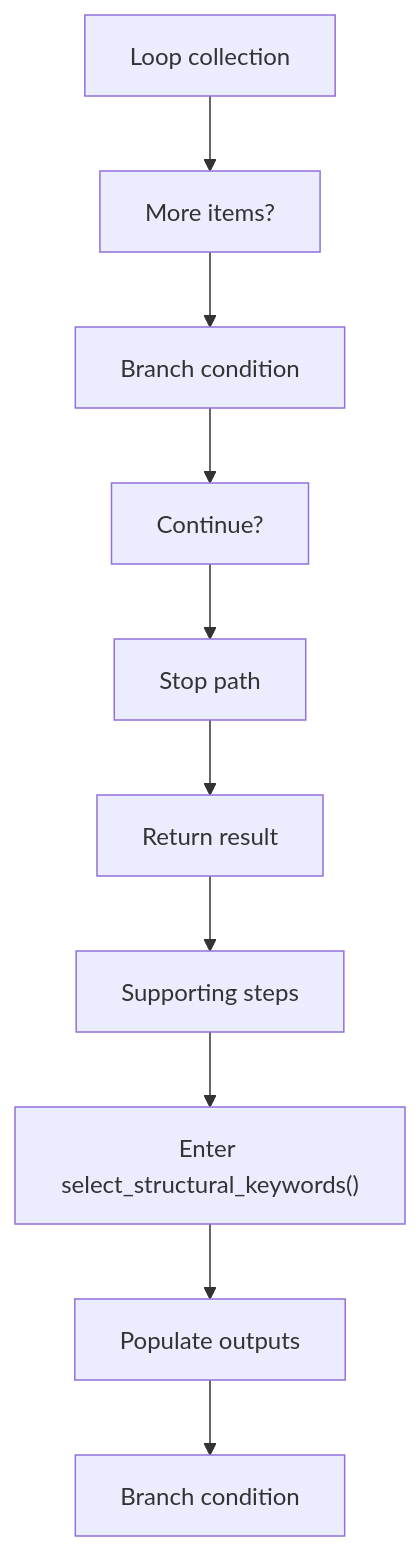
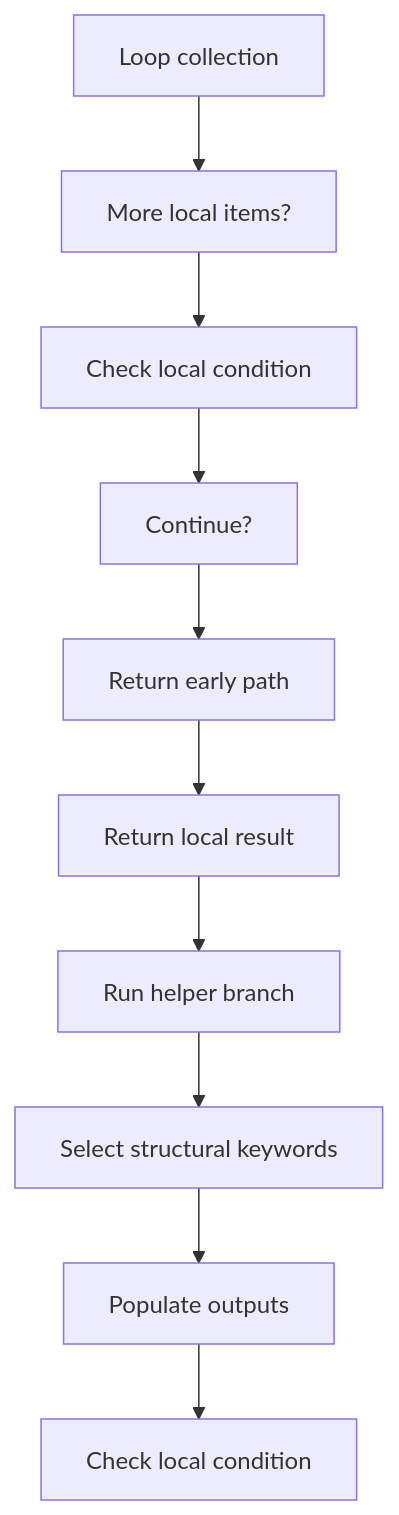
Before and after one commit to JohnAndrewBalbarosa/NeoTerritory: the third of 7 diagrams in docs/Codebase/Microservice/Modules/Source/Analysis/Lexical/StructuralHooks/Flow/lexical_structure_hooks_program_flow.cpp.md, drawn with Mermaid. The commit also changed other lines of this file and 925 other files, not shown here.

````diff
--- a/docs/Codebase/Microservice/Modules/Source/Analysis/Lexical/StructuralHooks/Flow/lexical_structure_hooks_program_flow.cpp.md
+++ b/docs/Codebase/Microservice/Modules/Source/Analysis/Lexical/StructuralHooks/Flow/lexical_structure_hooks_program_flow.cpp.md
@@ -67,22 +67,22 @@
 ```mermaid
 flowchart TD
     N0["Loop collection"]
-    N1["More items?"]
-    N2["Branch condition"]
+    N1["More local items?"]
+    N2["Check local condition"]
     N3["Continue?"]
-    N4["Stop path"]
-    N5["Return result"]
-    N6["Supporting steps"]
-    N7["Enter select_structural_keywords()"]
+    N4["Return early path"]
+    N5["Return local result"]
+    N6["Run helper branch"]
+    N7["Select structural keywords"]
     N8["Populate outputs"]
-    N9["Branch condition"]
+    N9["Check local condition"]
     N0 --> N1
     N1 --> N2
     N2 --> N3
     N3 --> N4
     N4 --> N5
     N5 --> N6
     N6 --> N7
     N7 --> N8
     N8 --> N9
 ```
````
